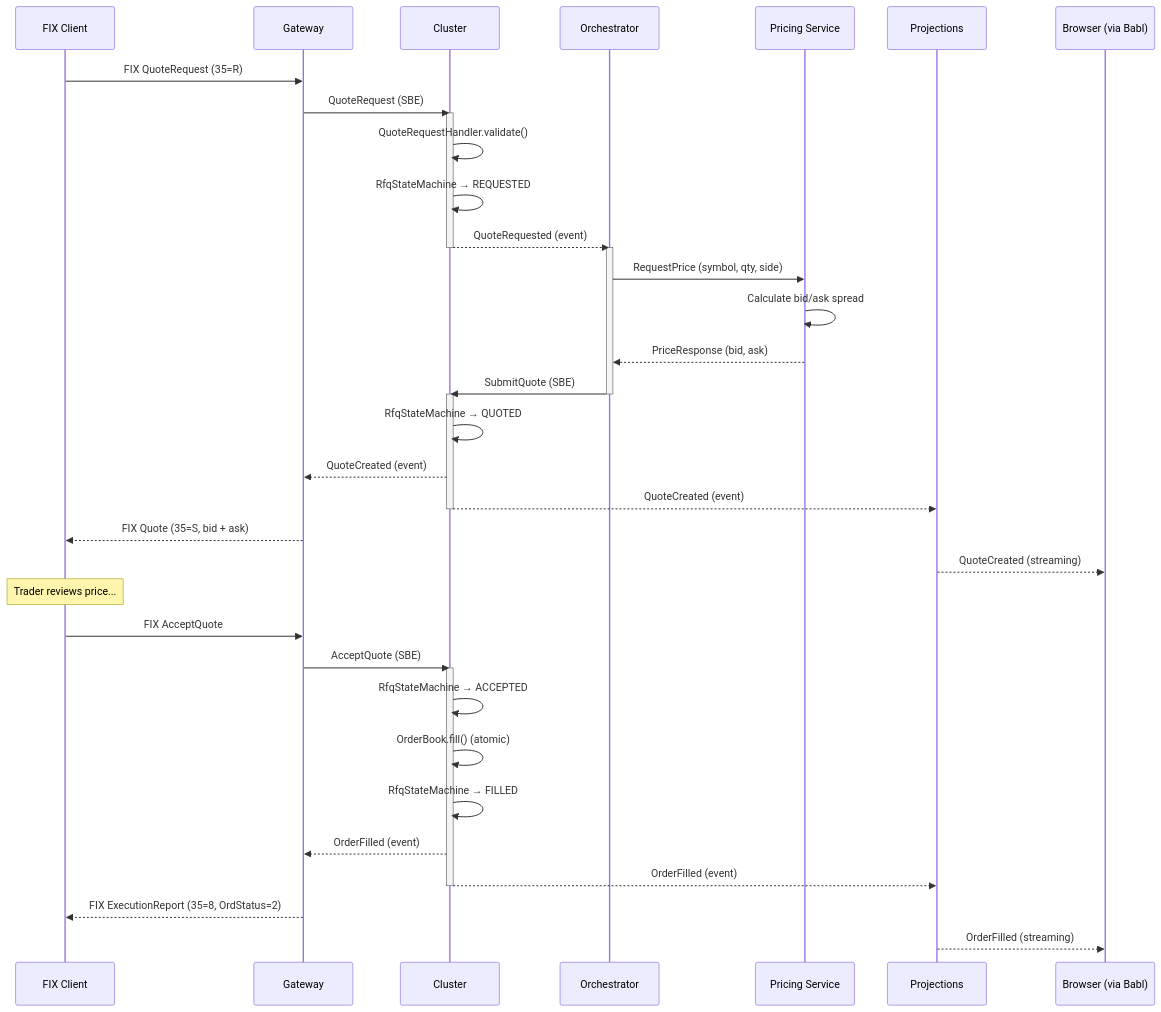
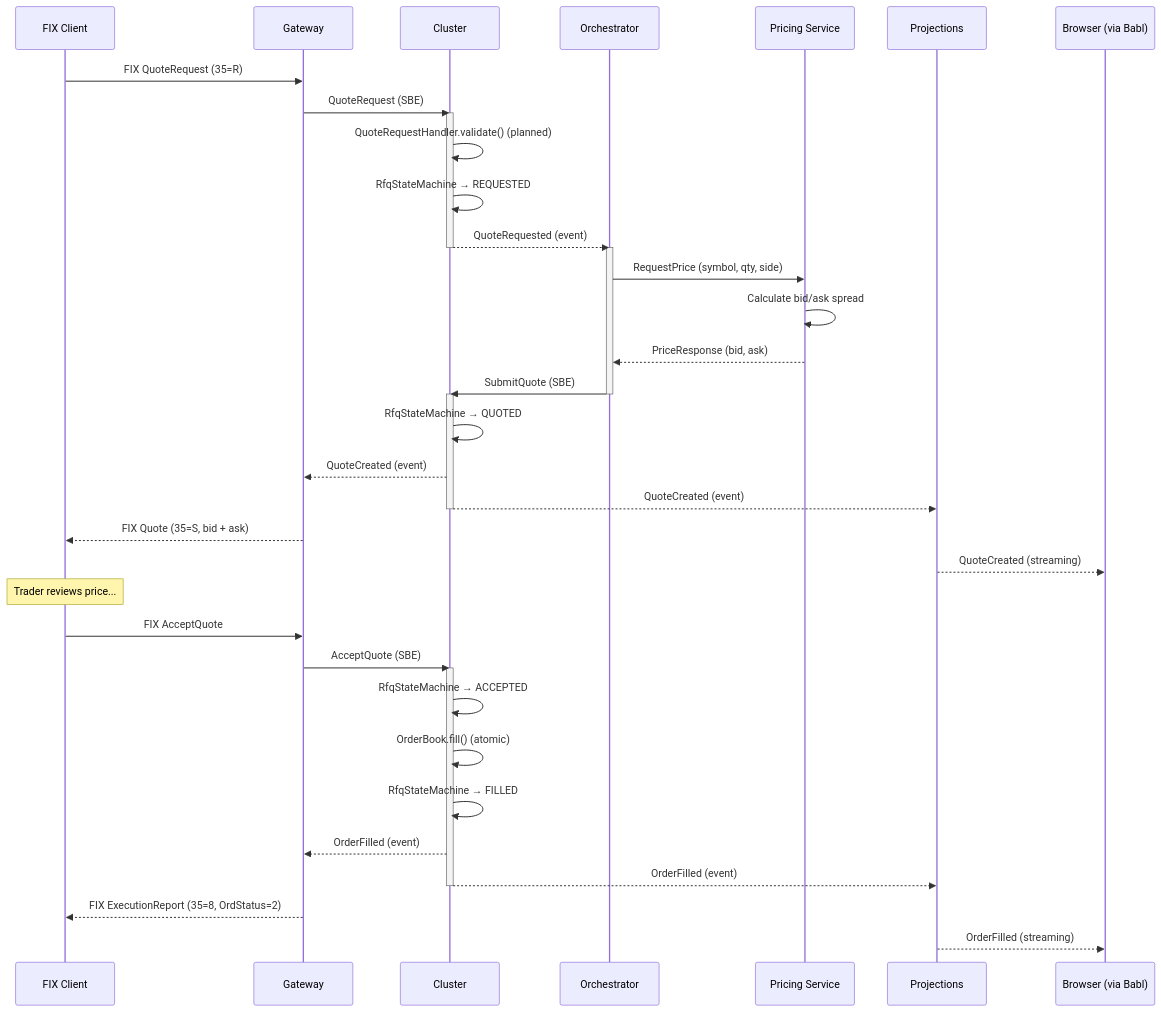
The second of 4 diagrams in docs/sequences.md (jsohi/app-trading-engine), drawn with Mermaid before and after one commit. The commit also changed other lines of this file and 15 other files, not shown here.

````diff
--- a/docs/sequences.md
+++ b/docs/sequences.md
@@ -71,51 +71,51 @@
 ```mermaid
 sequenceDiagram
     participant C as FIX Client
     participant G as Gateway
     participant K as Cluster
     participant O as Orchestrator
     participant PS as Pricing Service
     participant P as Projections
     participant B as Browser (via Babl)
 
     C->>G: FIX QuoteRequest (35=R)
     G->>K: QuoteRequest (SBE)
 
     activate K
-    K->>K: QuoteRequestHandler.validate()
+    K->>K: QuoteRequestHandler.validate() (planned)
     K->>K: RfqStateMachine → REQUESTED
     K-->>O: QuoteRequested (event)
     deactivate K
 
     activate O
     O->>PS: RequestPrice (symbol, qty, side)
     PS->>PS: Calculate bid/ask spread
     PS-->>O: PriceResponse (bid, ask)
     O->>K: SubmitQuote (SBE)
     deactivate O
 
     activate K
     K->>K: RfqStateMachine → QUOTED
     K-->>G: QuoteCreated (event)
     K-->>P: QuoteCreated (event)
     deactivate K
 
     G-->>C: FIX Quote (35=S, bid + ask)
     P-->>B: QuoteCreated (streaming)
 
     Note over C: Trader reviews price...
 
     C->>G: FIX AcceptQuote
     G->>K: AcceptQuote (SBE)
 
     activate K
     K->>K: RfqStateMachine → ACCEPTED
     K->>K: OrderBook.fill() (atomic)
     K->>K: RfqStateMachine → FILLED
     K-->>G: OrderFilled (event)
     K-->>P: OrderFilled (event)
     deactivate K
 
     G-->>C: FIX ExecutionReport (35=8, OrdStatus=2)
     P-->>B: OrderFilled (streaming)
 ```
````
